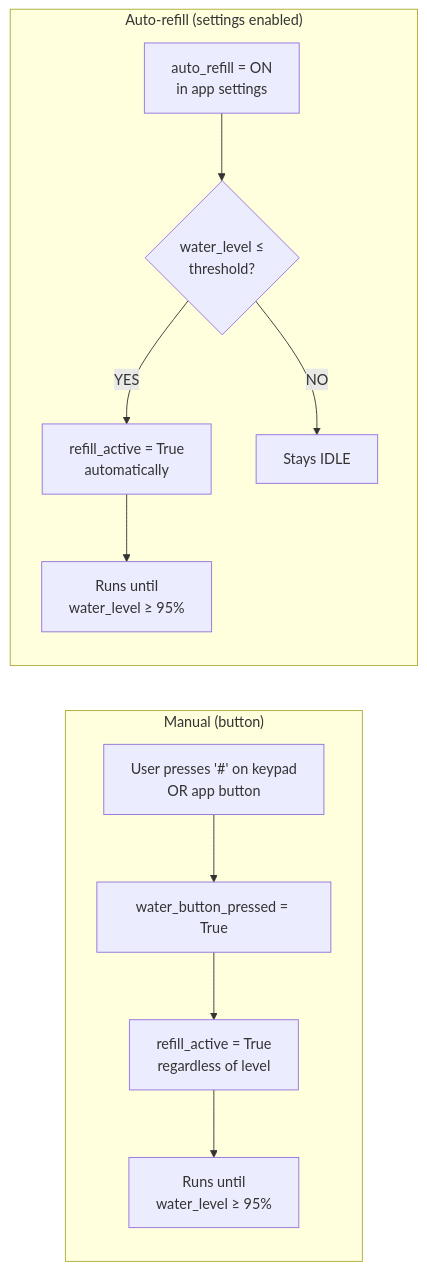
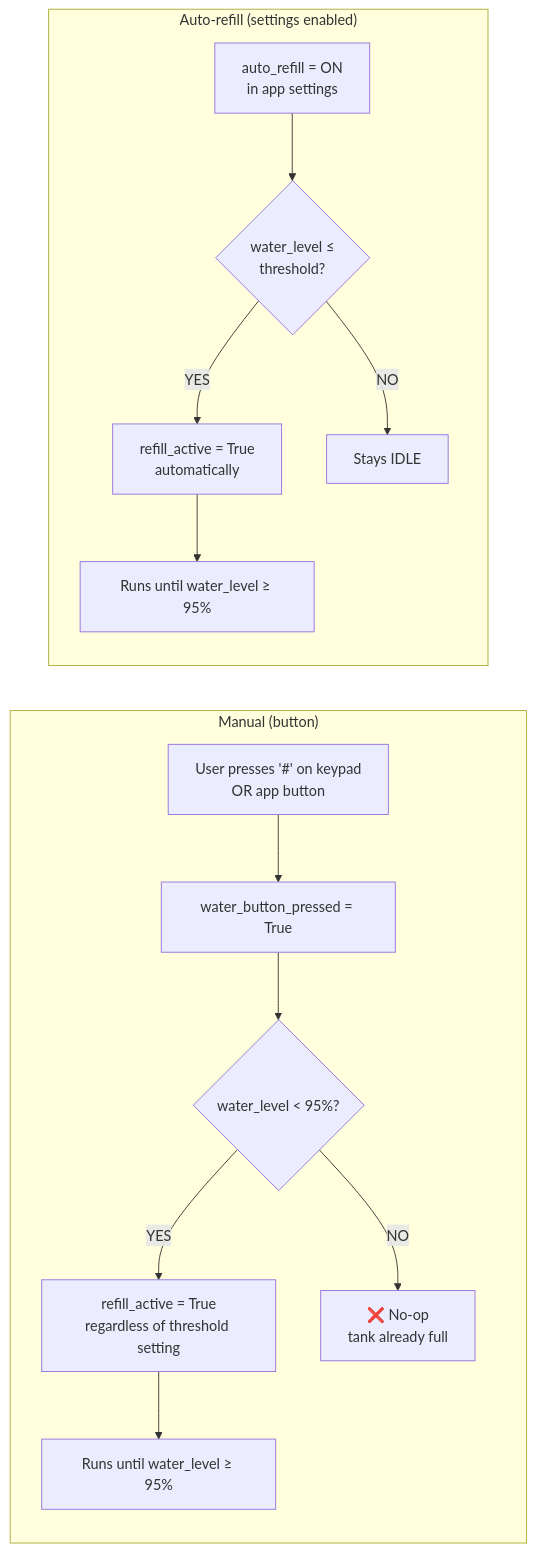
Before and after one commit to law4percent/Chick-Up: the fourth of 4 diagrams in docs/raspi/system_flow/REFILL_FLOW.md, drawn with Mermaid. The commit also changed other lines of this file and 1 other file, not shown here.

Commit message:
RASPI-TEST 5: Fix issues (a)Manual button starts pump even when tank is full, (b)Manual button starts pump even when tank is full, (c)Auto-refill analytics snapshot is never taken — wrong volume logged

````diff
--- a/docs/raspi/system_flow/REFILL_FLOW.md
+++ b/docs/raspi/system_flow/REFILL_FLOW.md
@@ -68,16 +100,18 @@
 ```mermaid
 flowchart LR
 
     subgraph MANUAL ["Manual (button)"]
         M1["User presses '#' on keypad\nOR app button"] --> M2["water_button_pressed = True"]
-        M2 --> M3["refill_active = True\nregardless of level"]
-        M3 --> M4["Runs until\nwater_level ≥ 95%"]
+        M2 --> M3{"water_level < 95%?"}
+        M3 -- YES --> M4["refill_active = True\nregardless of threshold setting"]
+        M3 -- NO  --> M5["❌ No-op\ntank already full"]
+        M4 --> M6["Runs until water_level ≥ 95%"]
     end
 
     subgraph AUTO ["Auto-refill (settings enabled)"]
         A1["auto_refill = ON\nin app settings"] --> A2{"water_level ≤\nthreshold?"}
         A2 -- YES --> A3["refill_active = True\nautomatically"]
-        A3 --> A4["Runs until\nwater_level ≥ 95%"]
+        A3 --> A4["Runs until water_level ≥ 95%"]
         A2 -- NO  --> A5["Stays IDLE"]
     end
 ```
````
